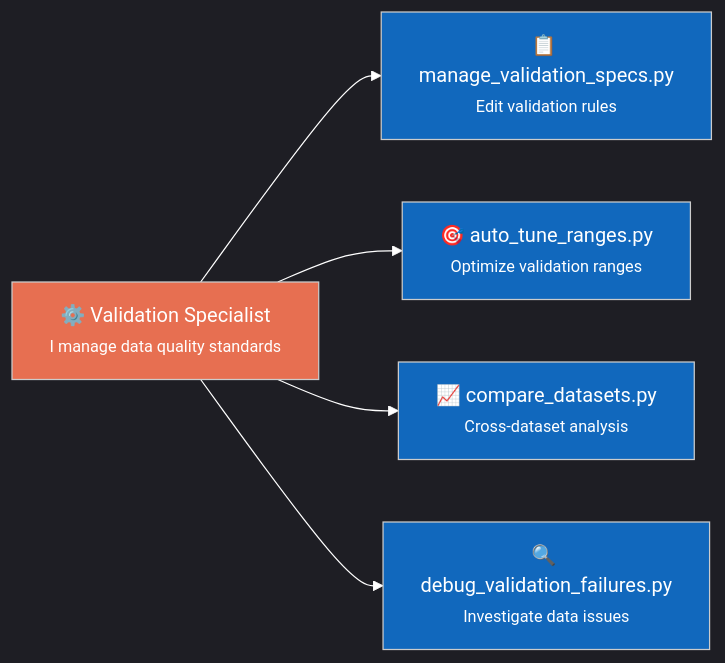
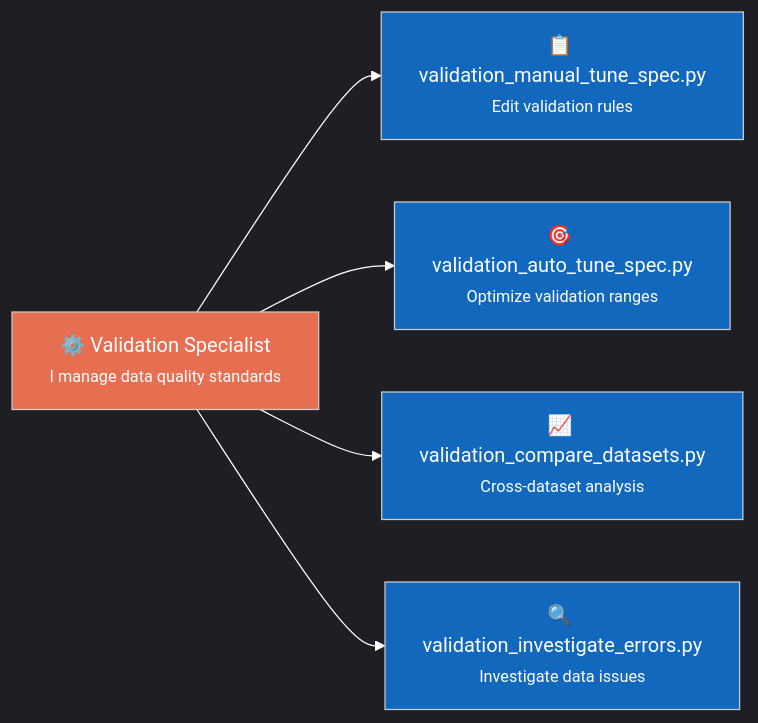
One commit to jmontp/LocoHub changed the second of 7 diagrams in docs/software_engineering/11_c4_context.md. Above: the diagram before and after it, drawn with Mermaid. The commit also changed other lines of this file and 8 other files, not shown here.

First line of the commit message:
Update software engineering docs to reflect consolidated tool architecture

````diff
--- a/docs/software_engineering/11_c4_context.md
+++ b/docs/software_engineering/11_c4_context.md
@@ -26,18 +24,18 @@
 ```mermaid
 %%{init: {'theme': 'dark'}}%%
 graph LR
     VS["⚙️ Validation Specialist<br/><font size='-1'>I manage data quality standards</font>"]
     
-    VS --> MANAGE["📋 manage_validation_specs.py<br/><font size='-1'>Edit validation rules</font>"]
-    VS --> TUNE["🎯 auto_tune_ranges.py<br/><font size='-1'>Optimize validation ranges</font>"]
-    VS --> COMPARE["📈 compare_datasets.py<br/><font size='-1'>Cross-dataset analysis</font>"]
-    VS --> DEBUG["🔍 debug_validation_failures.py<br/><font size='-1'>Investigate data issues</font>"]
+    VS --> MANAGE["📋 validation_manual_tune_spec.py<br/><font size='-1'>Edit validation rules</font>"]
+    VS --> TUNE["🎯 validation_auto_tune_spec.py<br/><font size='-1'>Optimize validation ranges</font>"]
+    VS --> COMPARE["📈 validation_compare_datasets.py<br/><font size='-1'>Cross-dataset analysis</font>"]
+    VS --> DEBUG["🔍 validation_investigate_errors.py<br/><font size='-1'>Investigate data issues</font>"]
     
     style VS fill:#e76f51,color:white
     style MANAGE fill:#1168bd,color:white
     style TUNE fill:#1168bd,color:white
     style COMPARE fill:#1168bd,color:white
     style DEBUG fill:#1168bd,color:white
     
     linkStyle default stroke:white
 ```
````
